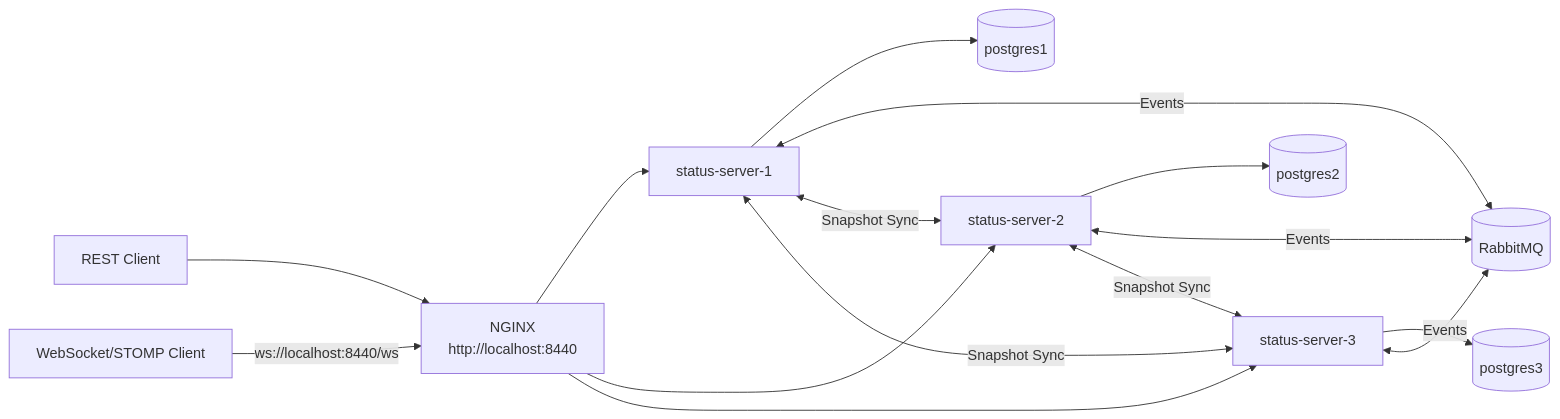
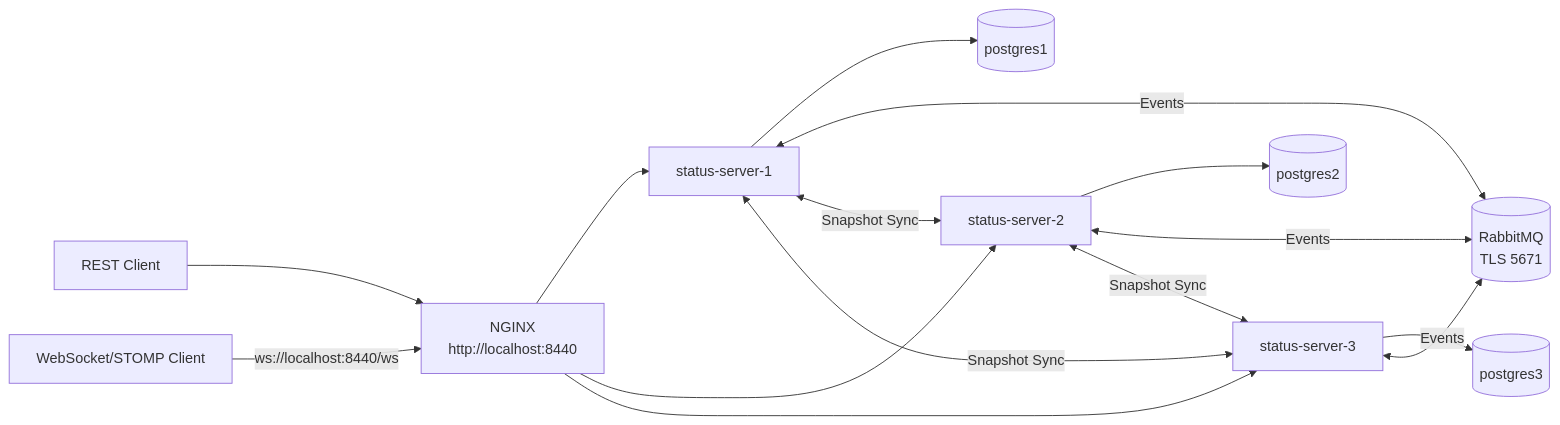
One commit to tobiasthurner-fhb/tevs-status-server-poc changed the diagram in ARCHITECTURE.md. Above: the diagram before and after it, drawn with Mermaid. The commit also changed other lines of this file and 8 other files, not shown here.

````diff
--- a/ARCHITECTURE.md
+++ b/ARCHITECTURE.md
@@ -3,33 +3,33 @@
 ```mermaid
 flowchart LR
     Client[REST Client]
     WsClient[WebSocket/STOMP Client]
     LB[NGINX<br/>http://localhost:8440]
-    MQ[(RabbitMQ)]
+    MQ[(RabbitMQ<br/>TLS 5671)]
 
     N1[status-server-1]
     N2[status-server-2]
     N3[status-server-3]
 
     DB1[(postgres1)]
     DB2[(postgres2)]
     DB3[(postgres3)]
 
     Client --> LB
     WsClient -->|ws://localhost:8440/ws| LB
     LB --> N1
     LB --> N2
     LB --> N3
 
     N1 --> DB1
     N2 --> DB2
     N3 --> DB3
 
     N1 <-->|Events| MQ
     N2 <-->|Events| MQ
     N3 <-->|Events| MQ
 
     N1 <-->|Snapshot Sync| N2
     N1 <-->|Snapshot Sync| N3
     N2 <-->|Snapshot Sync| N3
 ```
````
